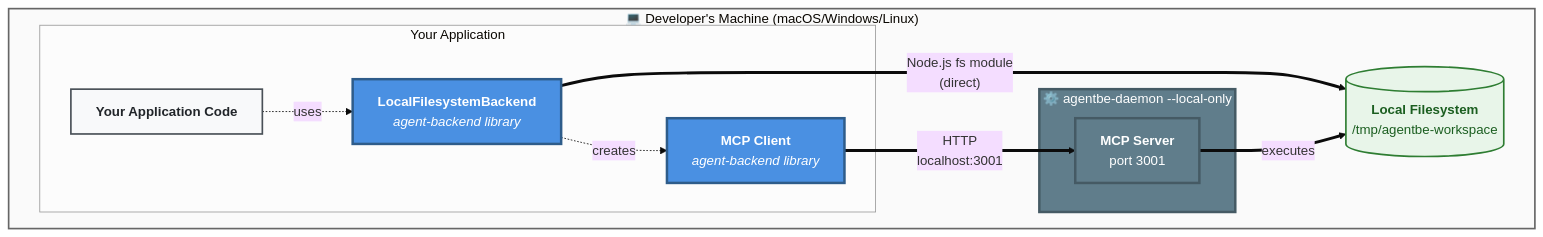
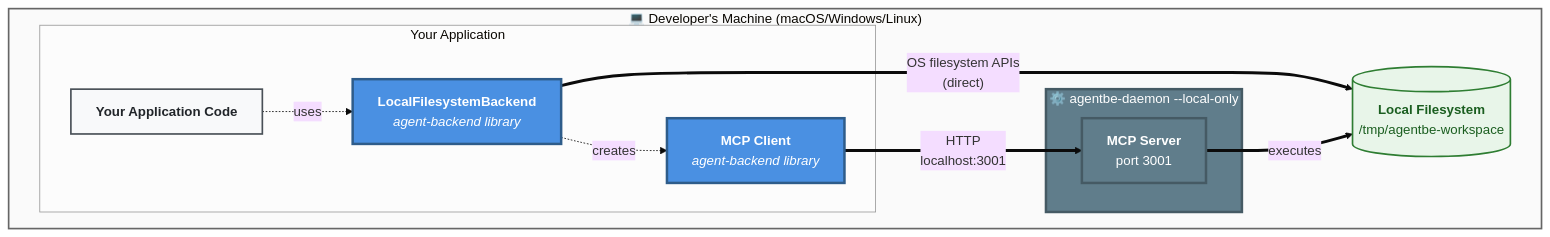
Before and after one commit to deepagents-ai/agent-backend: the second of 7 diagrams in docs/architecture.md, drawn with Mermaid. The commit also changed other lines of this file and 17 other files, not shown here.

````diff
--- a/docs/architecture.md
+++ b/docs/architecture.md
@@ -97,36 +97,36 @@
 ```mermaid
 %%{init: {'theme':'base', 'themeVariables': { 'fontSize':'16px', 'fontFamily':'system-ui, -apple-system, sans-serif'}}}%%
 graph TB
     subgraph devMachine["💻 Developer's Machine (macOS/Windows/Linux)"]
         subgraph userApp["Your Application"]
             App["<b>Your Application Code</b>"]
             LFB["<b>LocalFilesystemBackend</b><br/><i>agent-backend library</i>"]
             MCP_HTTP["<b>MCP Client</b><br/><i>agent-backend library</i>"]
         end
 
         subgraph Daemon["⚙️ agentbe-daemon --local-only"]
             MCP_Server["<b>MCP Server</b><br/>port 3001"]
         end
 
         FS[("<b>Local Filesystem</b><br/>/tmp/agentbe-workspace")]
 
         App -.->|uses| LFB
         LFB -.->|creates| MCP_HTTP
-        LFB ==>|"Node.js fs module<br/>(direct)"| FS
+        LFB ==>|"OS filesystem APIs<br/>(direct)"| FS
         MCP_HTTP ==>|"HTTP<br/>localhost:3001"| MCP_Server
         MCP_Server ==>|executes| FS
     end
 
     classDef userCode fill:#f8f9fa,stroke:#495057,stroke-width:2px,color:#212529
     classDef agentBackend fill:#4A90E2,stroke:#2E5C8A,stroke-width:3px,color:#fff
     classDef daemon fill:#607D8B,stroke:#455A64,stroke-width:3px,color:#fff
     classDef storage fill:#E8F5E9,stroke:#2E7D32,stroke-width:2px,color:#1B5E20
 
     class App userCode
     class LFB,MCP_HTTP agentBackend
     class Daemon,MCP_Server daemon
     class FS storage
 
     style devMachine fill:#fafafa,stroke:#666,stroke-width:2px
     style userApp fill:#fcfcfc,stroke:#999,stroke-width:1px
 ```
````
